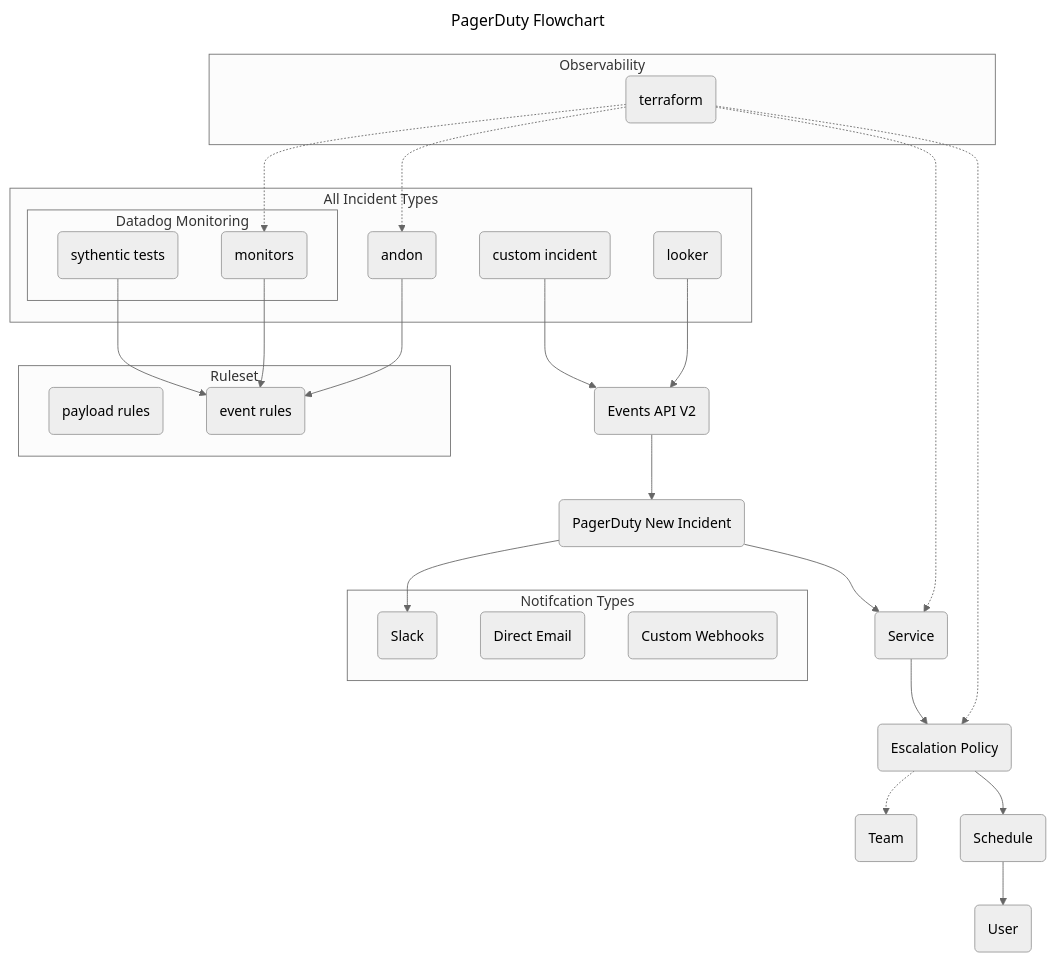
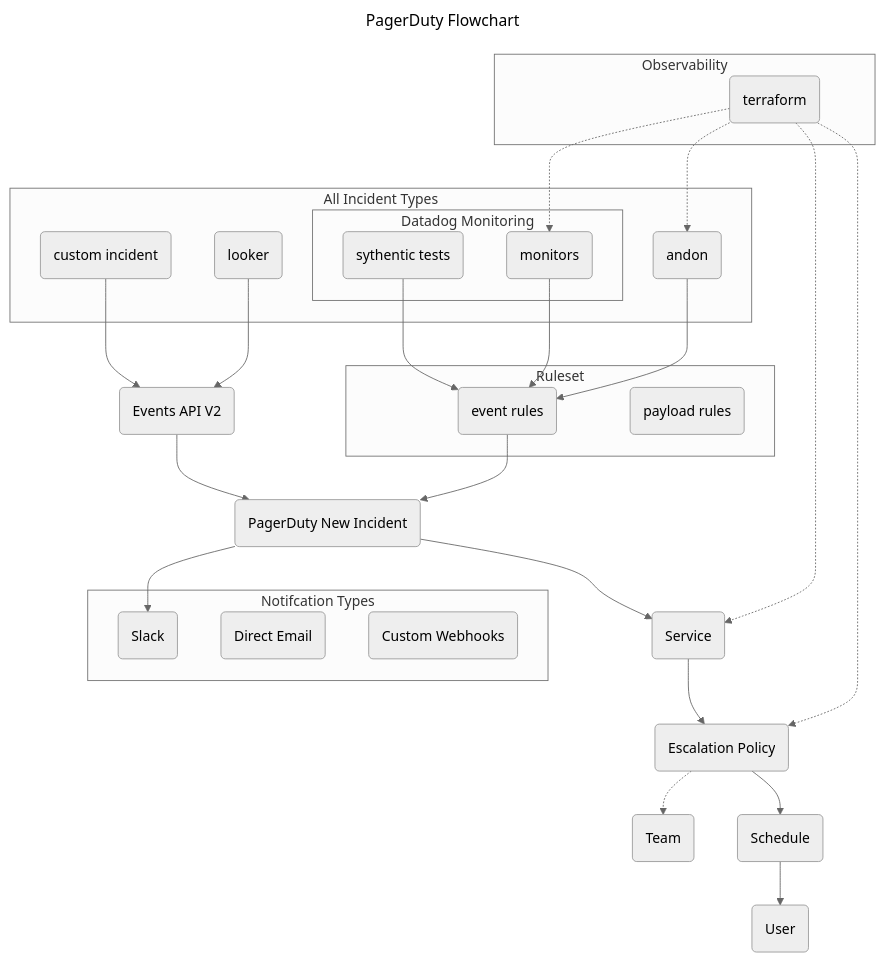
Before and after one commit to jessicahirsch/Mermaid-Diagrams: the diagram in diagrams/diagram2.mmd, drawn with Mermaid (neutral theme).

Commit message:
feat: flow from event rules to PagerDuty New Incident

```diff
--- a/diagrams/diagram2.mmd
+++ b/diagrams/diagram2.mmd
@@ -1,47 +1,48 @@
 ---
 title: PagerDuty Flowchart
 ---
 flowchart TD
 
 subgraph Observability
     A(terraform)
 end
 
 subgraph All Incident Types
     subgraph Datadog Monitoring
         B(sythentic tests)
         A(terraform)-.->C(monitors)
     end
     D(andon)
     A(terraform)-.->D(andon)
     E(custom incident)
     F(looker)
 end
 
 E(custom incident)-->G(Events API V2)
 F(looker)-->G(Events API 2)
 
 G(Events API V2)-->H(PagerDuty New Incident)-->M(Slack)
+J(event rules)-->H(PagerDuty New Incident)
 H(PagerDuty New Incident)-->N(Service)
 N(Service)-->O(Escalation Policy)
 O(Escalation Policy)-.->P(Team)
 O(Escalation Policy)-->Q(Schedule)
 Q(Schedule)-->R(User)
 A(terraform)-.->N(Service)
 A(terraform)-.->O(Escalation Policy)
 
 subgraph Ruleset
     I(payload rules)
     B(sythentic tests)-->J(event rules)
     C(monitors)-->J(event rules)
     D(andon)-->J(event rules)
 end
 
 subgraph Notifcation Types
     K(Direct Email)
     L(Custom Webhooks)
     M(Slack)
 end
 
 %% style A fill:#f9f,stroke:#333,stroke-width:4px
 %% style Observability font-weight:bold
```
